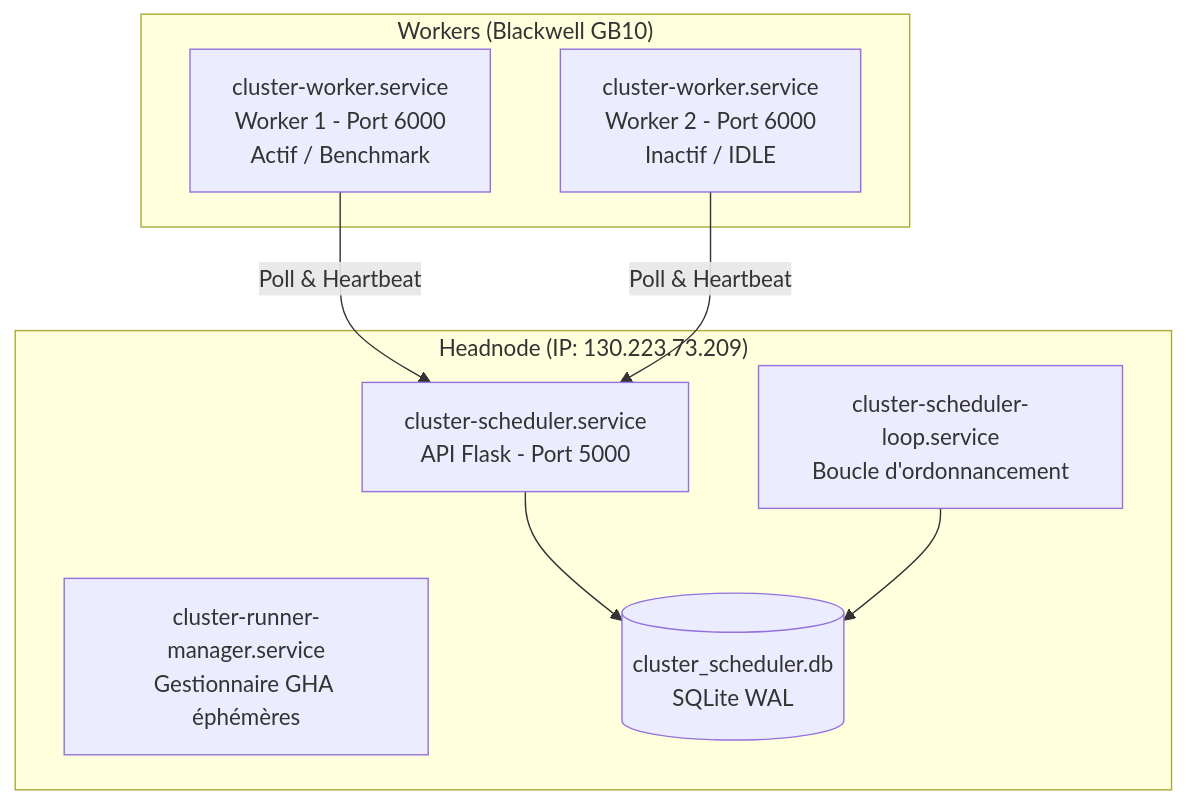
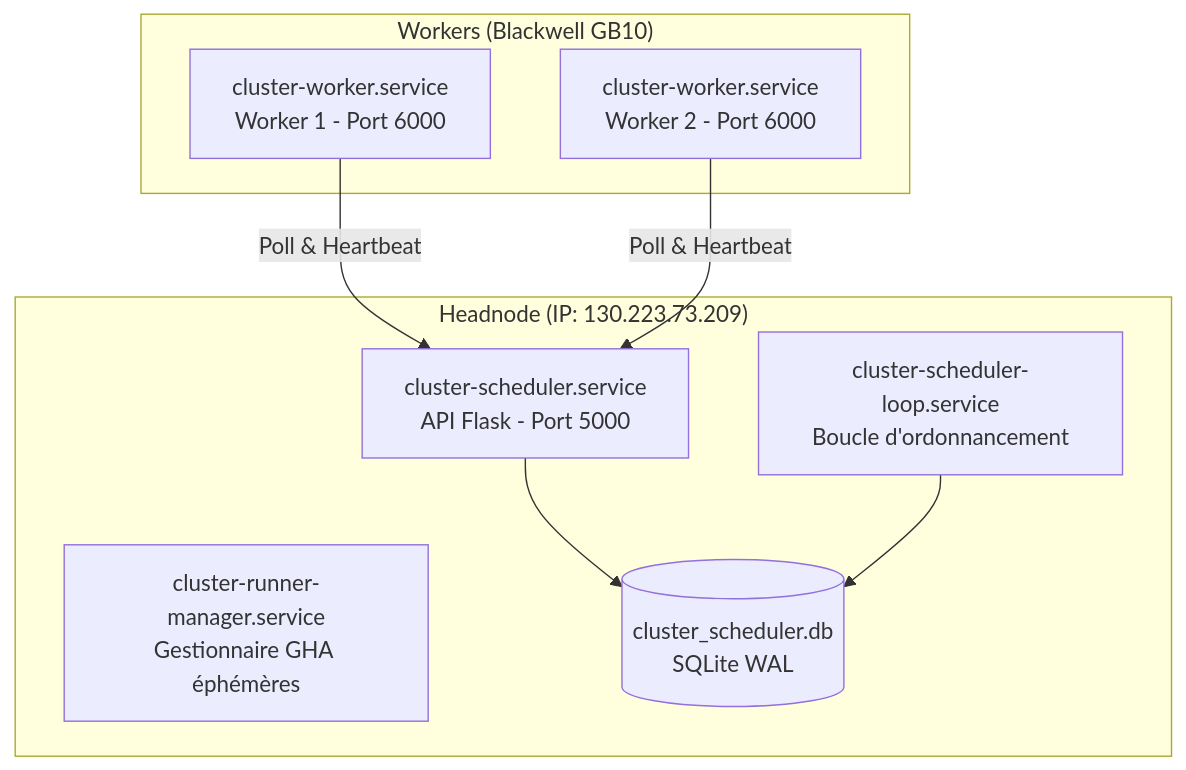
Before and after one commit to UNIL-DESI/cluster-ci: the diagram in docs/scheduler/deployment_and_reconciliation_protocol.md, drawn with Mermaid. The commit also changed other lines of this file and 2 other files, not shown here.

````diff
--- a/docs/scheduler/deployment_and_reconciliation_protocol.md
+++ b/docs/scheduler/deployment_and_reconciliation_protocol.md
@@ -14,19 +14,19 @@
 ```mermaid
 graph TD
     subgraph Headnode ["Headnode (IP: 130.223.73.209)"]
         HS[cluster-scheduler.service<br>API Flask - Port 5000]
         SL[cluster-scheduler-loop.service<br>Boucle d'ordonnancement]
         RM[cluster-runner-manager.service<br>Gestionnaire GHA éphémères]
         DB[(cluster_scheduler.db<br>SQLite WAL)]
     end
 
     subgraph Workers ["Workers (Blackwell GB10)"]
-        W1[cluster-worker.service<br>Worker 1 - Port 6000<br>Actif / Benchmark]
-        W2[cluster-worker.service<br>Worker 2 - Port 6000<br>Inactif / IDLE]
+        W1[cluster-worker.service<br>Worker 1 - Port 6000]
+        W2[cluster-worker.service<br>Worker 2 - Port 6000]
     end
 
     HS --> DB
     SL --> DB
     W1 -- Poll & Heartbeat --> HS
     W2 -- Poll & Heartbeat --> HS
 ```
````
